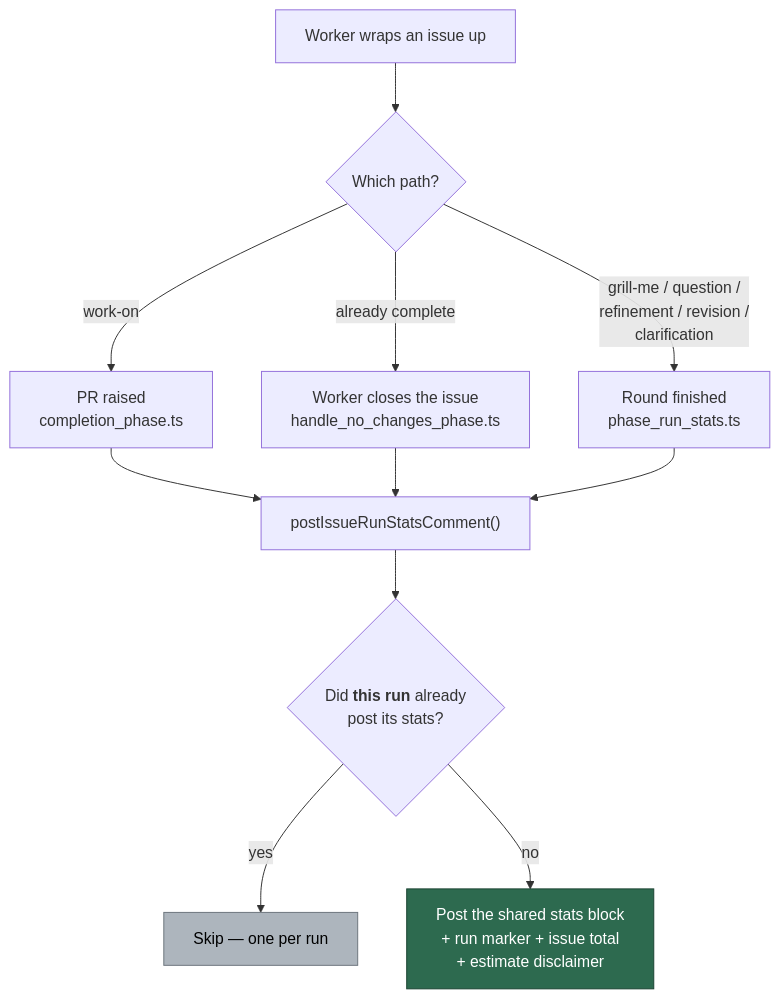
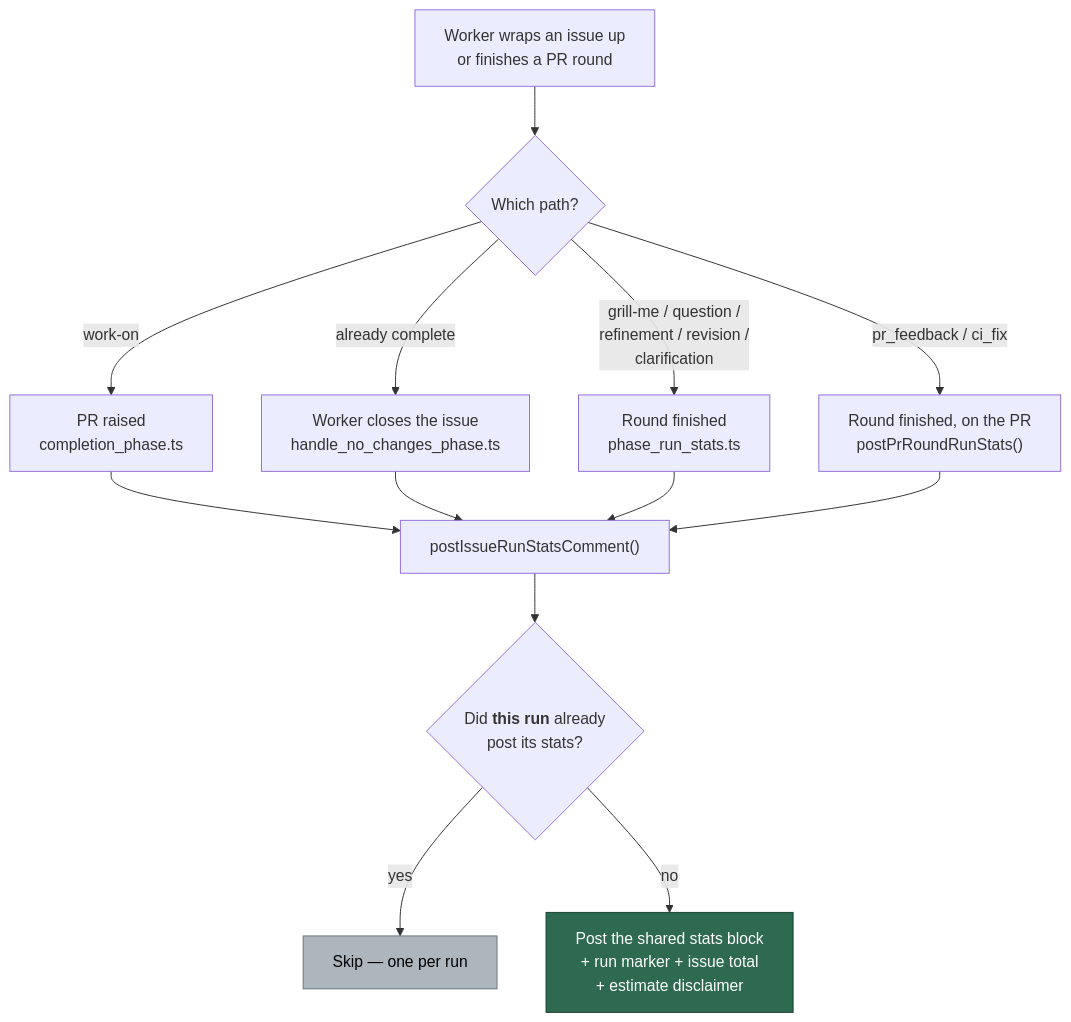
Before and after one commit to stSoftwareAU/VibeCoder: the eighth of 16 diagrams in docs/MODEL-AND-CACHING.md, drawn with Mermaid. The commit also changed other lines of this file and 8 other files, not shown here.

First line of the commit message:
Post a run-stats comment on the PR for every pr_feedback and ci_fix round

````diff
--- a/docs/MODEL-AND-CACHING.md
+++ b/docs/MODEL-AND-CACHING.md
@@ -1624,15 +1643,17 @@
 ```mermaid
 flowchart TD
-    A["Worker wraps an issue up"] --> B{"Which path?"}
+    A["Worker wraps an issue up<br/>or finishes a PR round"] --> B{"Which path?"}
     B -->|work-on| C["PR raised<br/>completion_phase.ts"]
     B -->|already complete| D["Worker closes the issue<br/>handle_no_changes_phase.ts"]
     B -->|grill-me / question /<br/>refinement / revision /<br/>clarification| E["Round finished<br/>phase_run_stats.ts"]
+    B -->|pr_feedback / ci_fix| P["Round finished, on the PR<br/>postPrRoundRunStats()"]
     C --> F["postIssueRunStatsComment()"]
     D --> F
     E --> F
+    P --> F
     F --> G{"Did <b>this run</b> already<br/>post its stats?"}
     G -->|yes| H["Skip — one per run"]
     G -->|no| I["Post the shared stats block<br/>+ run marker + issue total<br/>+ estimate disclaimer"]
     style I fill:#2d6a4f,stroke:#1b4332,color:#fff
     style H fill:#adb5bd,stroke:#6c757d,color:#000
 ```
````
